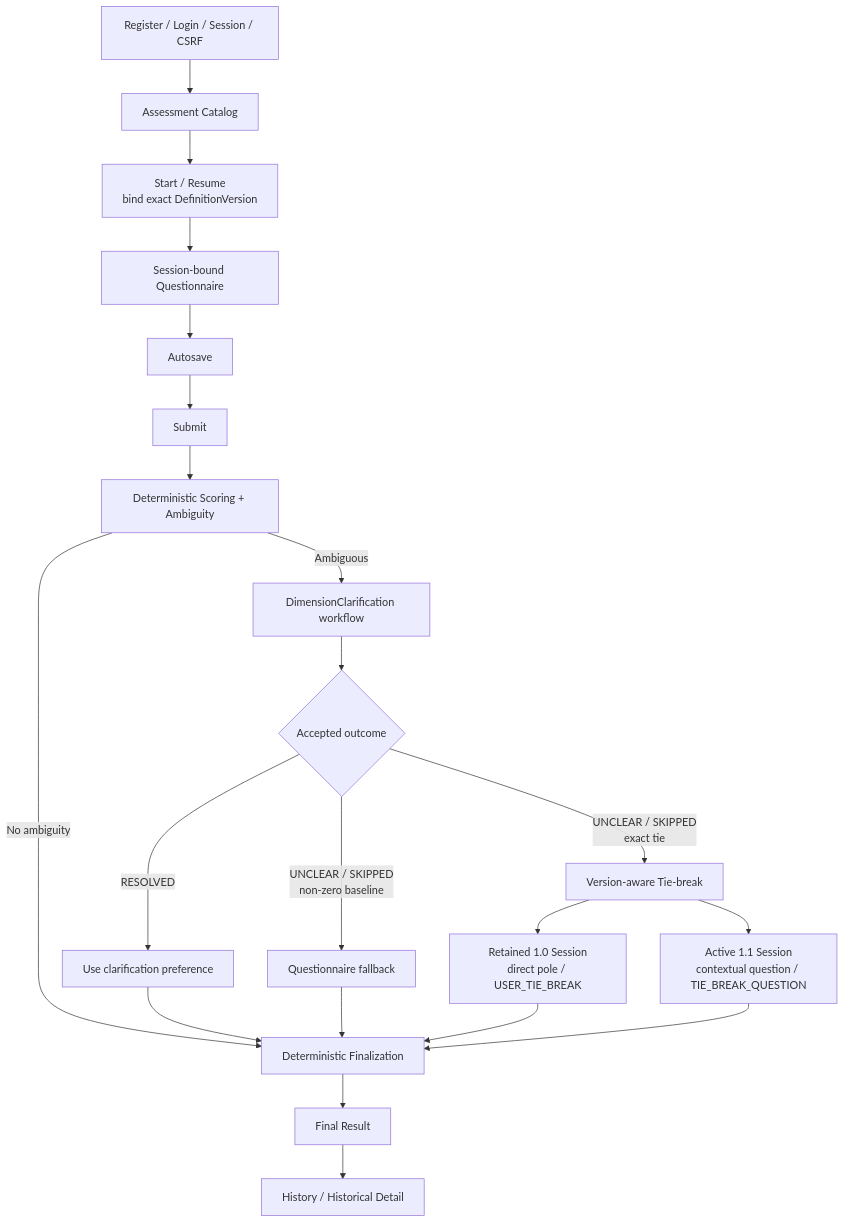
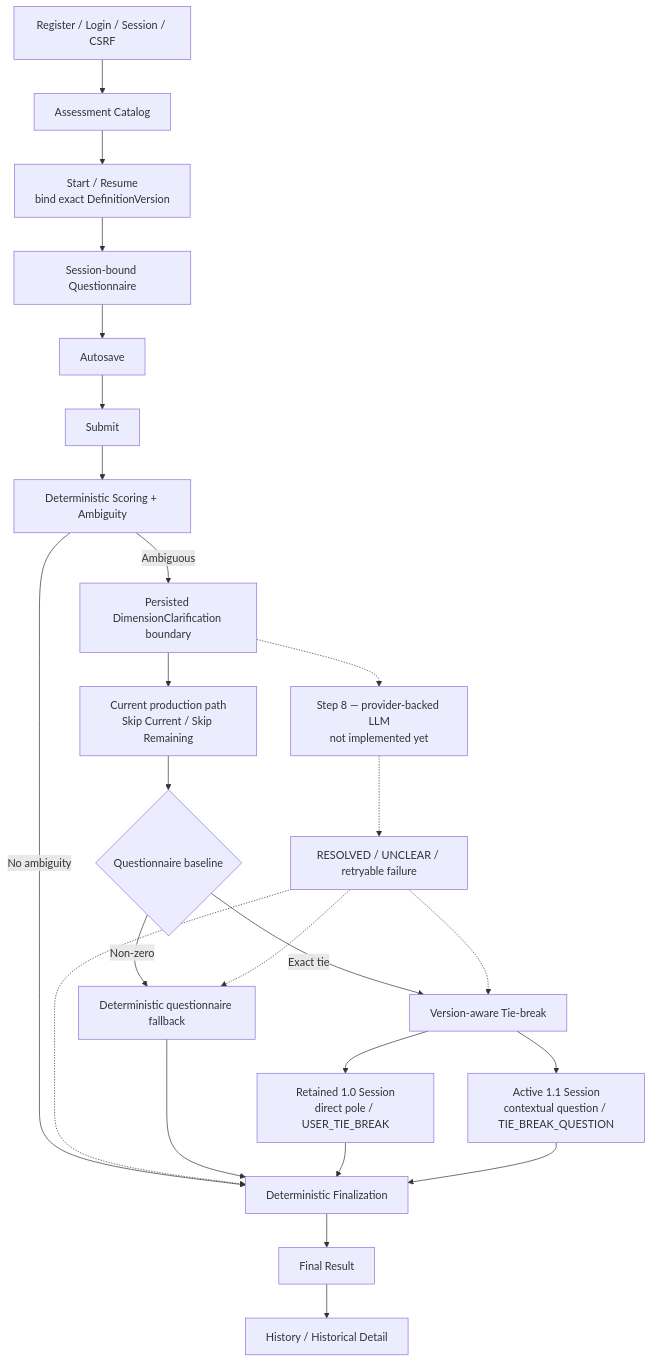
Before and after one commit to chen980729/aws-spring-personality-test: the second of 4 diagrams in README.ja.md, drawn with Mermaid. The commit also changed other lines of this file, not shown here.

Commit message:
docs: refine Japanese architecture and backend flow

````diff
--- a/README.ja.md
+++ b/README.ja.md
@@ -98,28 +111,33 @@
 ```mermaid
 flowchart TB
     A["Register / Login / Session / CSRF"] --> B["Assessment Catalog"]
     B --> C["Start / Resume<br/>bind exact DefinitionVersion"]
     C --> D["Session-bound Questionnaire"]
     D --> E["Autosave"]
     E --> F["Submit"]
     F --> G["Deterministic Scoring + Ambiguity"]
 
     G -->|"No ambiguity"| H["Deterministic Finalization"]
-    G -->|"Ambiguous"| I["DimensionClarification workflow"]
+    G -->|"Ambiguous"| I["Persisted DimensionClarification boundary"]
 
-    I --> J{"Accepted outcome"}
-    J -->|"RESOLVED"| K["Use clarification preference"]
-    J -->|"UNCLEAR / SKIPPED<br/>non-zero baseline"| L["Questionnaire fallback"]
-    J -->|"UNCLEAR / SKIPPED<br/>exact tie"| M["Version-aware Tie-break"]
+    I --> S["Current production path<br/>Skip Current / Skip Remaining"]
+    S --> J{"Questionnaire baseline"}
+    J -->|"Non-zero"| L["Deterministic questionnaire fallback"]
+    J -->|"Exact tie"| M["Version-aware Tie-break"]
 
     M --> M1["Retained 1.0 Session<br/>direct pole / USER_TIE_BREAK"]
     M --> M2["Active 1.1 Session<br/>contextual question / TIE_BREAK_QUESTION"]
 
-    K --> H
+    I -.-> P["Step 8 — provider-backed LLM<br/>not implemented yet"]
+    P -.-> Q["RESOLVED / UNCLEAR / retryable failure"]
+    Q -.-> H
+    Q -.-> L
+    Q -.-> M
+
     L --> H
     M1 --> H
     M2 --> H
 
     H --> N["Final Result"]
     N --> O["History / Historical Detail"]
 ```
````
